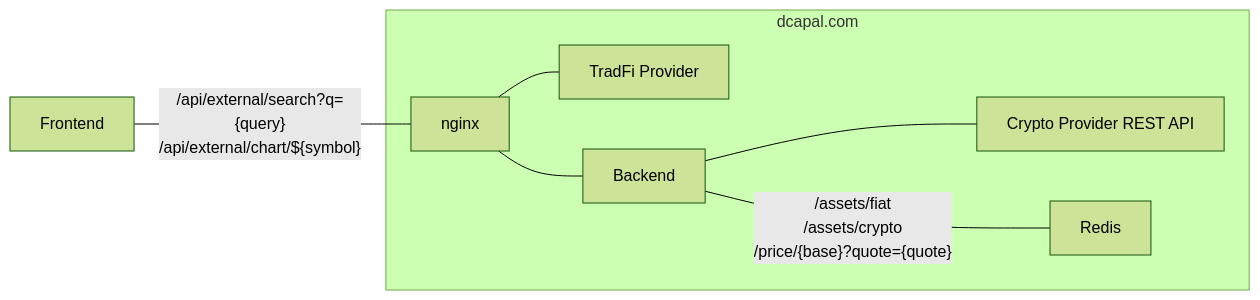
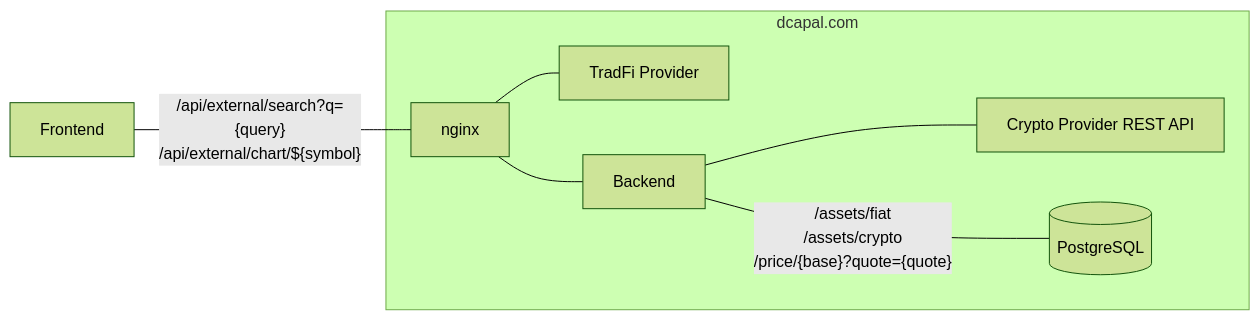
Before and after one commit to dcapal/dcapal: the diagram in README.md, drawn with Mermaid (forest theme). The commit also changed other lines of this file and 62 other files, not shown here.

First line of the commit message:
feat(backend): replace Redis market data with PostgreSQL and moka caches (#875)

````diff
--- a/README.md
+++ b/README.md
@@ -106,10 +106,10 @@
 ```mermaid
 flowchart LR
     Frontend[Frontend] ---|"/api/external/search?q={query}<br>/api/external/chart/${symbol}"|nginx[nginx]
     subgraph dcapal.com
         nginx---TradFiProvider[TradFi Provider]
         nginx---Backend[Backend]
         Backend---CryptoProvider[Crypto Provider REST API]
-        Backend---|"/assets/fiat<br>/assets/crypto<br>/price/{base}?quote={quote}"|Redis[Redis]
+        Backend---|"/assets/fiat<br>/assets/crypto<br>/price/{base}?quote={quote}"|Postgres[(PostgreSQL)]
     end
 ```
````
